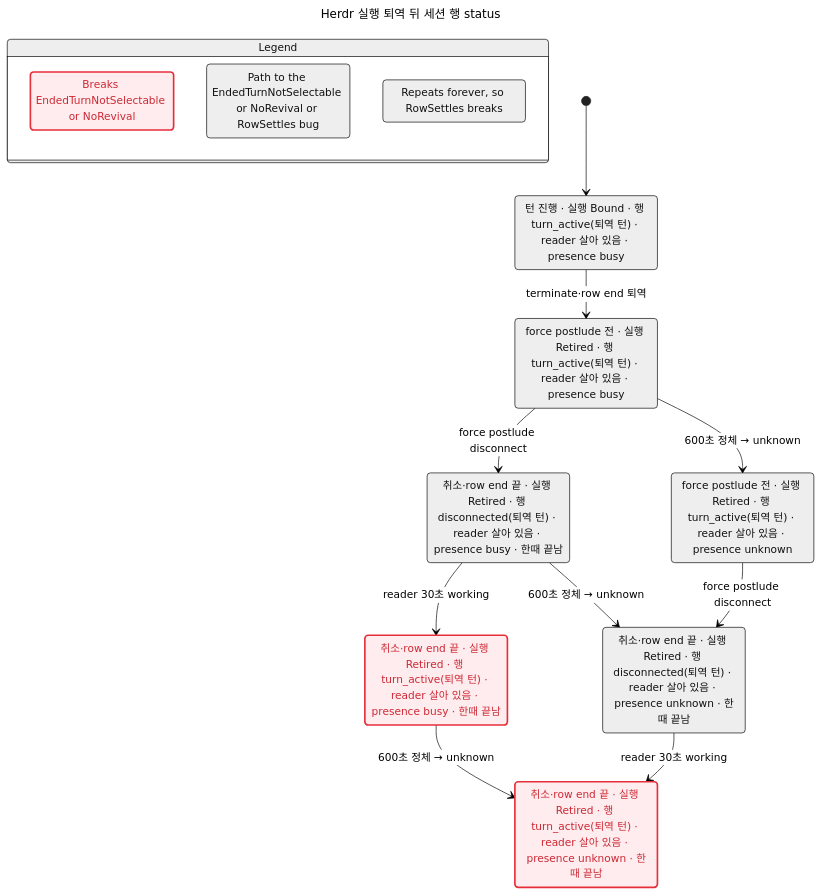
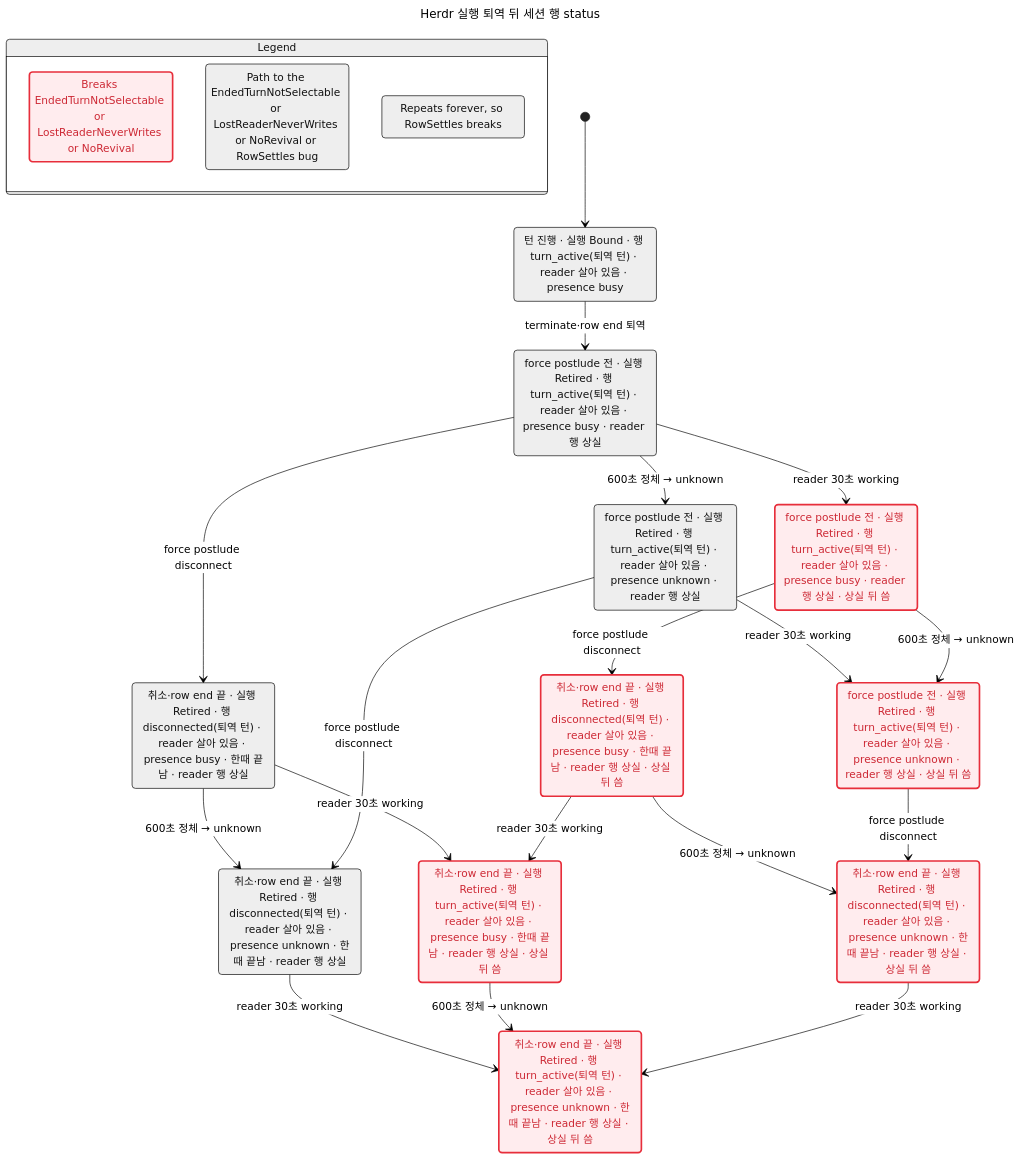
The diagram in docs/statecharts/session-lifecycle/herdr-retired-row-Before.chart.mmd (itismyfield/AgentDesk), drawn with Mermaid (neutral theme) before and after one commit. The commit also changed 29 other files, not shown here.

Commit message:
docs(statecharts): retired row model stops the lost reader's writes

```diff
--- a/docs/statecharts/session-lifecycle/herdr-retired-row-Before.chart.mmd
+++ b/docs/statecharts/session-lifecycle/herdr-retired-row-Before.chart.mmd
@@ -1,38 +1,53 @@
 ---
 title: "Herdr 실행 퇴역 뒤 세션 행 status"
 ---
 stateDiagram-v2
   state "Legend" as legend {
-    lg0: Breaks EndedTurnNotSelectable or NoRevival
-    lg1: Path to the EndedTurnNotSelectable or NoRevival or RowSettles bug
+    lg0: Breaks EndedTurnNotSelectable or LostReaderNeverWrites or NoRevival
+    lg1: Path to the EndedTurnNotSelectable or LostReaderNeverWrites or NoRevival or RowSettles bug
     lg2: Repeats forever, so RowSettles breaks
   }
   class lg0 breaks
   class lg1 bugPath
   class lg2 repeats
   s0: 턴 진행 #183; 실행 Bound #183; 행 turn_active(퇴역 턴) #183; reader 살아 있음 #183; presence busy
-  s1: force postlude 전 #183; 실행 Retired #183; 행 turn_active(퇴역 턴) #183; reader 살아 있음 #183; presence busy
-  s2: 취소#183;row end 끝 #183; 실행 Retired #183; 행 disconnected(퇴역 턴) #183; reader 살아 있음 #183; presence busy #183; 한때 끝남
-  s3: force postlude 전 #183; 실행 Retired #183; 행 turn_active(퇴역 턴) #183; reader 살아 있음 #183; presence unknown
-  s4: 취소#183;row end 끝 #183; 실행 Retired #183; 행 turn_active(퇴역 턴) #183; reader 살아 있음 #183; presence busy #183; 한때 끝남
-  s5: 취소#183;row end 끝 #183; 실행 Retired #183; 행 disconnected(퇴역 턴) #183; reader 살아 있음 #183; presence unknown #183; 한때 끝남
-  s6: 취소#183;row end 끝 #183; 실행 Retired #183; 행 turn_active(퇴역 턴) #183; reader 살아 있음 #183; presence unknown #183; 한때 끝남
+  s1: force postlude 전 #183; 실행 Retired #183; 행 turn_active(퇴역 턴) #183; reader 살아 있음 #183; presence busy #183; reader 행 상실
+  s2: 취소#183;row end 끝 #183; 실행 Retired #183; 행 disconnected(퇴역 턴) #183; reader 살아 있음 #183; presence busy #183; 한때 끝남 #183; reader 행 상실
+  s3: force postlude 전 #183; 실행 Retired #183; 행 turn_active(퇴역 턴) #183; reader 살아 있음 #183; presence unknown #183; reader 행 상실
+  s4: force postlude 전 #183; 실행 Retired #183; 행 turn_active(퇴역 턴) #183; reader 살아 있음 #183; presence busy #183; reader 행 상실 #183; 상실 뒤 씀
+  s5: 취소#183;row end 끝 #183; 실행 Retired #183; 행 disconnected(퇴역 턴) #183; reader 살아 있음 #183; presence unknown #183; 한때 끝남 #183; reader 행 상실
+  s6: 취소#183;row end 끝 #183; 실행 Retired #183; 행 disconnected(퇴역 턴) #183; reader 살아 있음 #183; presence busy #183; 한때 끝남 #183; reader 행 상실 #183; 상실 뒤 씀
+  s7: 취소#183;row end 끝 #183; 실행 Retired #183; 행 turn_active(퇴역 턴) #183; reader 살아 있음 #183; presence busy #183; 한때 끝남 #183; reader 행 상실 #183; 상실 뒤 씀
+  s8: force postlude 전 #183; 실행 Retired #183; 행 turn_active(퇴역 턴) #183; reader 살아 있음 #183; presence unknown #183; reader 행 상실 #183; 상실 뒤 씀
+  s9: 취소#183;row end 끝 #183; 실행 Retired #183; 행 disconnected(퇴역 턴) #183; reader 살아 있음 #183; presence unknown #183; 한때 끝남 #183; reader 행 상실 #183; 상실 뒤 씀
+  s10: 취소#183;row end 끝 #183; 실행 Retired #183; 행 turn_active(퇴역 턴) #183; reader 살아 있음 #183; presence unknown #183; 한때 끝남 #183; reader 행 상실 #183; 상실 뒤 씀
   [*] --> s0
   s0 --> s1: terminate#183;row end 퇴역
   s1 --> s2: force postlude disconnect
   s1 --> s3: 600초 정체 #8594; unknown
-  s2 --> s4: reader 30초 working
+  s1 --> s4: reader 30초 working
   s2 --> s5: 600초 정체 #8594; unknown
+  s2 --> s7: reader 30초 working
   s3 --> s5: force postlude disconnect
-  s4 --> s6: 600초 정체 #8594; unknown
-  s5 --> s6: reader 30초 working
+  s3 --> s8: reader 30초 working
+  s4 --> s6: force postlude disconnect
+  s4 --> s8: 600초 정체 #8594; unknown
+  s5 --> s10: reader 30초 working
+  s6 --> s7: reader 30초 working
+  s6 --> s9: 600초 정체 #8594; unknown
+  s7 --> s10: 600초 정체 #8594; unknown
+  s8 --> s9: force postlude disconnect
+  s9 --> s10: reader 30초 working
   classDef breaks fill:#ffecee,stroke:#e72e3b,stroke-width:2.5px,color:#cd2834
   class s0 bugPath
   class s1 bugPath
   class s2 bugPath
-  class s3 bugPath
   class s4 breaks
   class s4 bugPath
-  class s5 bugPath
   class s6 breaks
-  class s6 repeats
+  class s7 breaks
+  class s7 bugPath
+  class s8 breaks
+  class s9 breaks
+  class s10 breaks
+  class s10 repeats
```
